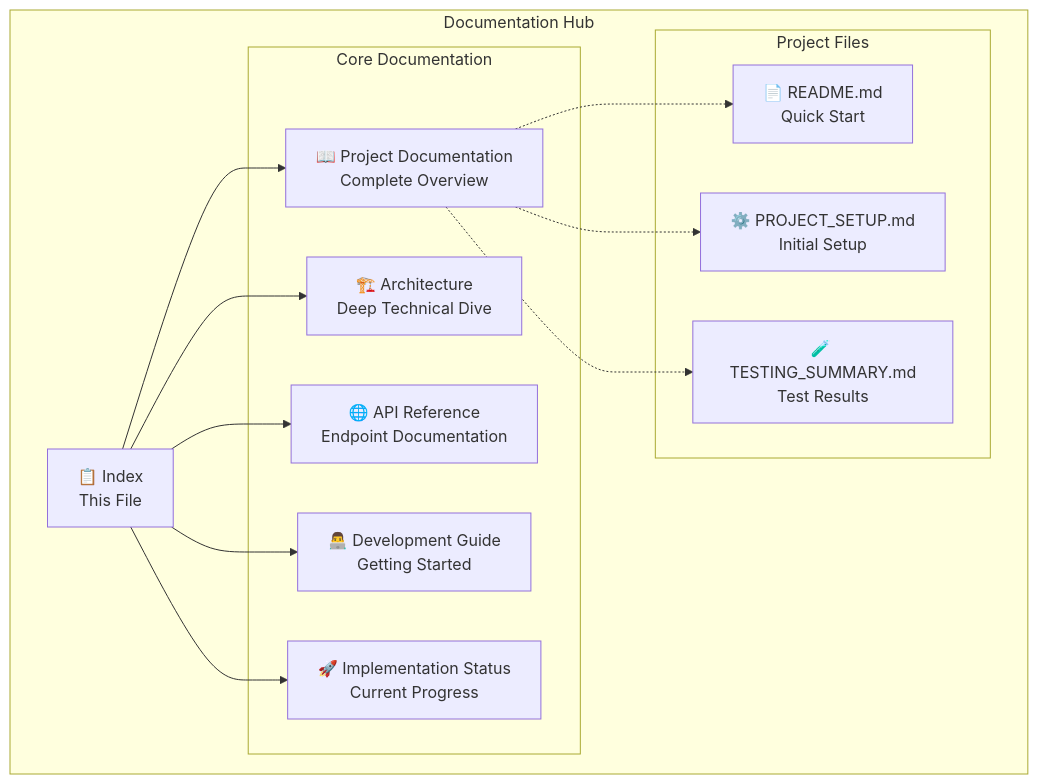
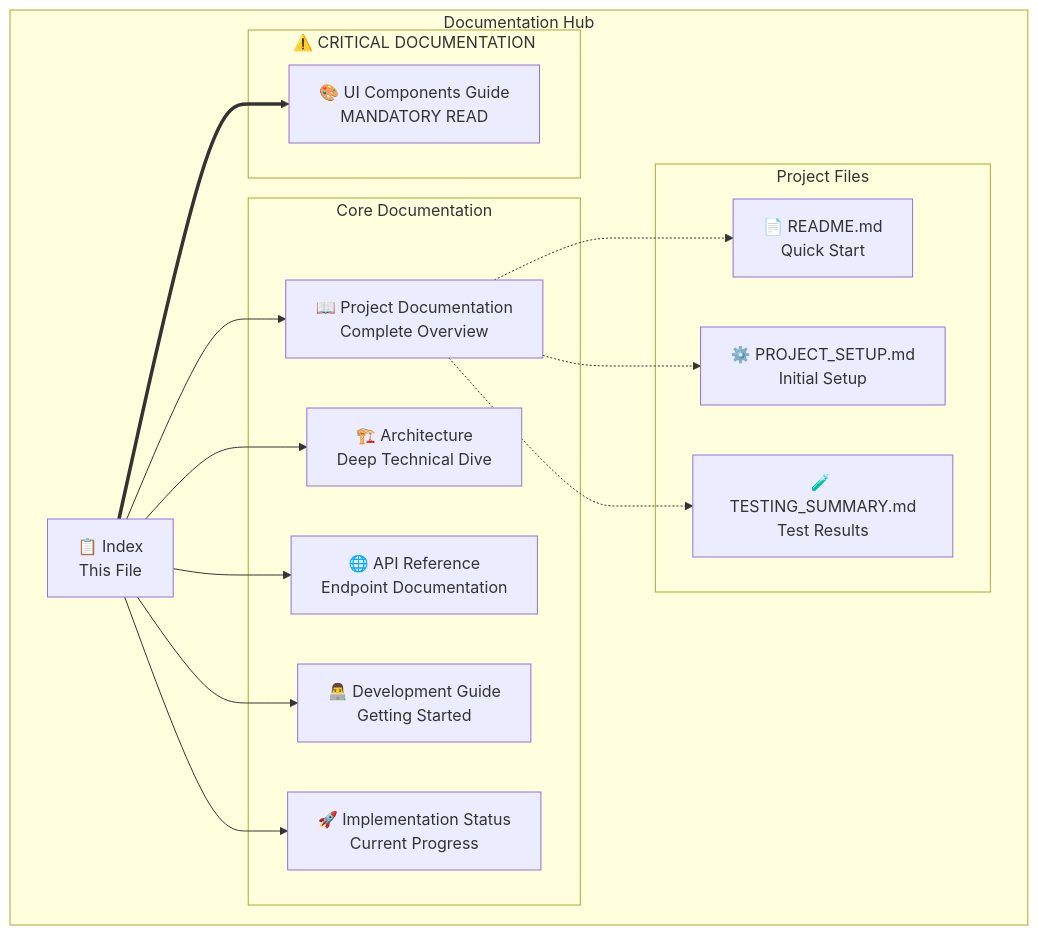
One commit to mdabdullahfaruque/StudyBridgeBD changed the first of 2 diagrams in docs/INDEX.md. Above: the diagram before and after it, drawn with Mermaid. The commit also changed other lines of this file and 2 other files, not shown here.

Commit message:
feat: Add UI Components Guide with critical requirements and prohibitions for component usage

````diff
--- a/docs/INDEX.md
+++ b/docs/INDEX.md
@@ -7,30 +7,35 @@
 ```mermaid
 graph TB
     subgraph "Documentation Hub"
         INDEX[📋 Index<br/>This File]
+        
+        subgraph "⚠️ CRITICAL DOCUMENTATION"
+            UI_GUIDE[🎨 UI Components Guide<br/>MANDATORY READ]
+        end
         
         subgraph "Core Documentation"
             PROJECT[📖 Project Documentation<br/>Complete Overview]
             ARCH[🏗️ Architecture<br/>Deep Technical Dive]
             API[🌐 API Reference<br/>Endpoint Documentation]
             DEV[👨‍💻 Development Guide<br/>Getting Started]
             IMPL[🚀 Implementation Status<br/>Current Progress]
         end
         
         subgraph "Project Files"
             README[📄 README.md<br/>Quick Start]
             SETUP[⚙️ PROJECT_SETUP.md<br/>Initial Setup]
             TESTING[🧪 TESTING_SUMMARY.md<br/>Test Results]
         end
     end
     
+    INDEX ==> UI_GUIDE
     INDEX --> PROJECT
     INDEX --> ARCH
     INDEX --> API
     INDEX --> DEV
     INDEX --> IMPL
     
     PROJECT -.-> README
     PROJECT -.-> SETUP
     PROJECT -.-> TESTING
 ```
````
